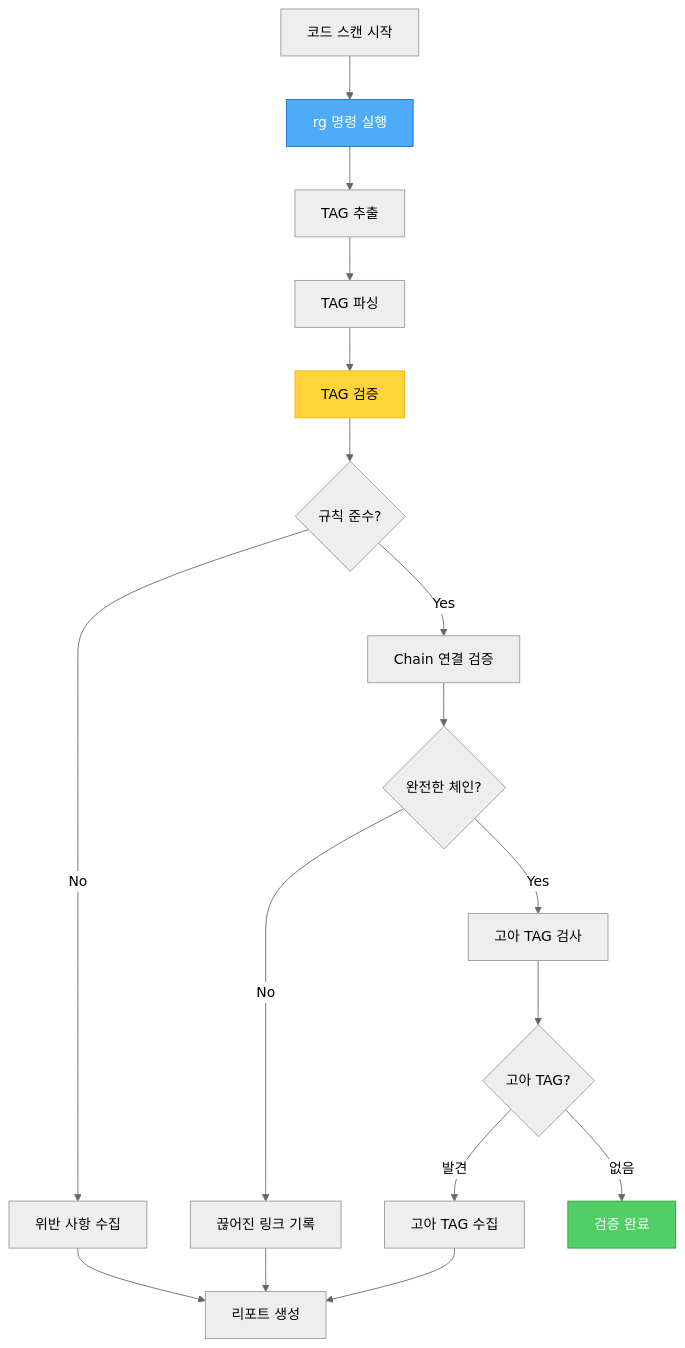
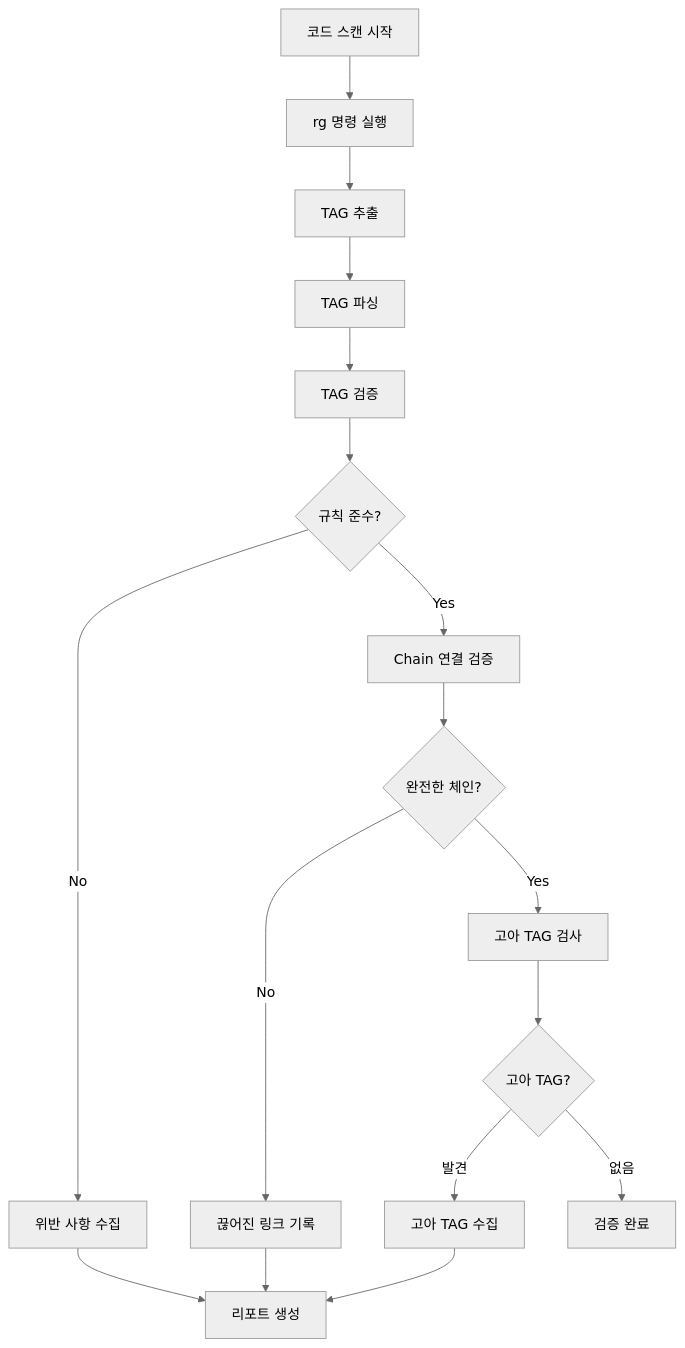
The third of 6 diagrams in docs/claude/agents/tag-agent.md (modu-ai/moai-adk), drawn with Mermaid (neutral theme) before and after one commit. The commit also changed other lines of this file and 299 other files, not shown here.

First line of the commit message:
🎨 feat: Mermaid 다크/라이트 테마 대응 + trust-checker 통합

````diff
--- a/docs/claude/agents/tag-agent.md
+++ b/docs/claude/agents/tag-agent.md
@@ -414,26 +406,23 @@
 ```mermaid
 graph TB
     A[코드 스캔 시작] --> B[rg 명령 실행]
     B --> C[TAG 추출]
     C --> D[TAG 파싱]
     D --> E[TAG 검증]
     E --> F{규칙 준수?}
     F -->|No| G[위반 사항 수집]
     F -->|Yes| H[Chain 연결 검증]
 
     H --> I{완전한 체인?}
     I -->|No| J[끊어진 링크 기록]
     I -->|Yes| K[고아 TAG 검사]
 
     K --> L{고아 TAG?}
     L -->|발견| M[고아 TAG 수집]
     L -->|없음| N[검증 완료]
 
     G --> O[리포트 생성]
     J --> O
     M --> O
 
-    style B fill:#4dabf7,stroke:#1971c2,color:#fff
-    style E fill:#ffd43b,stroke:#fab005,color:#000
-    style N fill:#51cf66,stroke:#2f9e44,color:#fff
 ```
````
